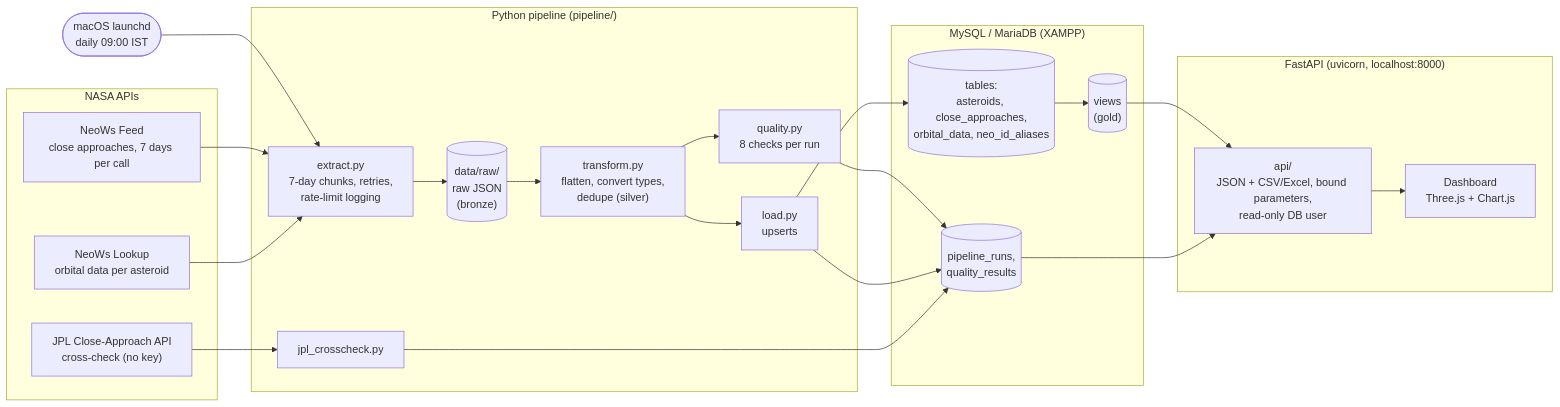
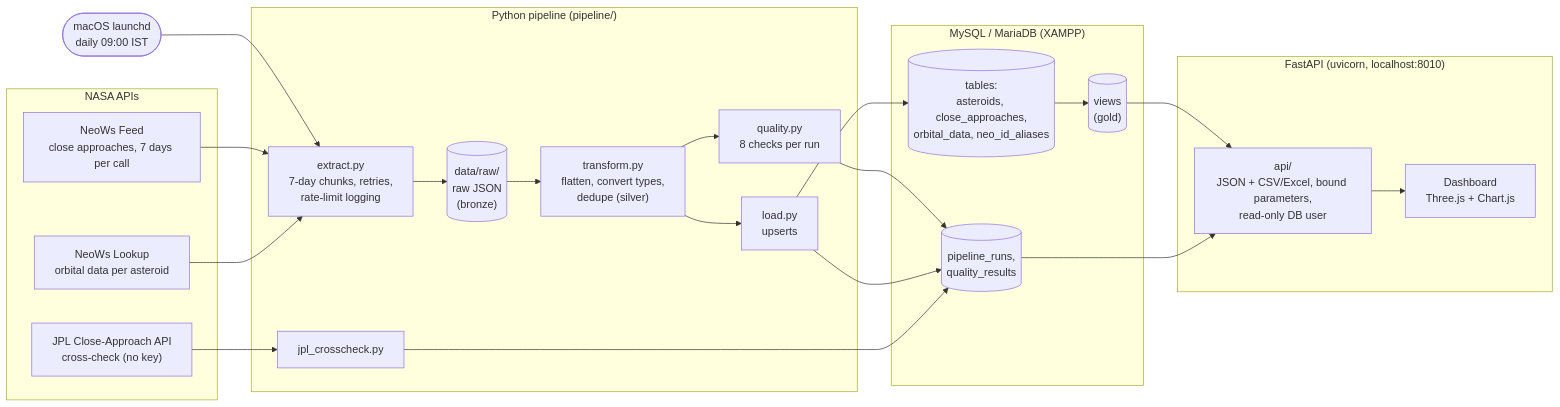
Before and after one commit to rebeccasaxena0908-netizen/asteroid-watch: the first of 2 diagrams in README.md, drawn with Mermaid. The commit also changed other lines of this file and 11 other files, not shown here.

````diff
--- a/README.md
+++ b/README.md
@@ -39,38 +39,38 @@
 ```mermaid
 flowchart LR
     subgraph NASA["NASA APIs"]
         FEED["NeoWs Feed<br/>close approaches, 7 days per call"]
         LOOK["NeoWs Lookup<br/>orbital data per asteroid"]
         CAD["JPL Close-Approach API<br/>cross-check (no key)"]
     end
 
     subgraph PY["Python pipeline (pipeline/)"]
         EX["extract.py<br/>7-day chunks, retries,<br/>rate-limit logging"]
         RAW[("data/raw/<br/>raw JSON<br/>(bronze)")]
         TR["transform.py<br/>flatten, convert types,<br/>dedupe (silver)"]
         QC["quality.py<br/>8 checks per run"]
         LD["load.py<br/>upserts"]
         JPL["jpl_crosscheck.py"]
     end
 
     subgraph DB["MySQL / MariaDB (XAMPP)"]
         T[("tables:<br/>asteroids, close_approaches,<br/>orbital_data, neo_id_aliases")]
         LOG[("pipeline_runs,<br/>quality_results")]
         V[("views<br/>(gold)")]
     end
 
-    subgraph WEB["FastAPI (uvicorn, localhost:8000)"]
+    subgraph WEB["FastAPI (uvicorn, localhost:8010)"]
         API["api/<br/>JSON + CSV/Excel, bound parameters,<br/>read-only DB user"]
         UI["Dashboard<br/>Three.js + Chart.js"]
     end
 
     LAUNCHD(["macOS launchd<br/>daily 09:00 IST"]) --> EX
     FEED --> EX
     LOOK --> EX
     EX --> RAW --> TR --> LD --> T
     TR --> QC --> LOG
     LD --> LOG
     T --> V --> API --> UI
     LOG --> API
     CAD --> JPL --> LOG
 ```
````
